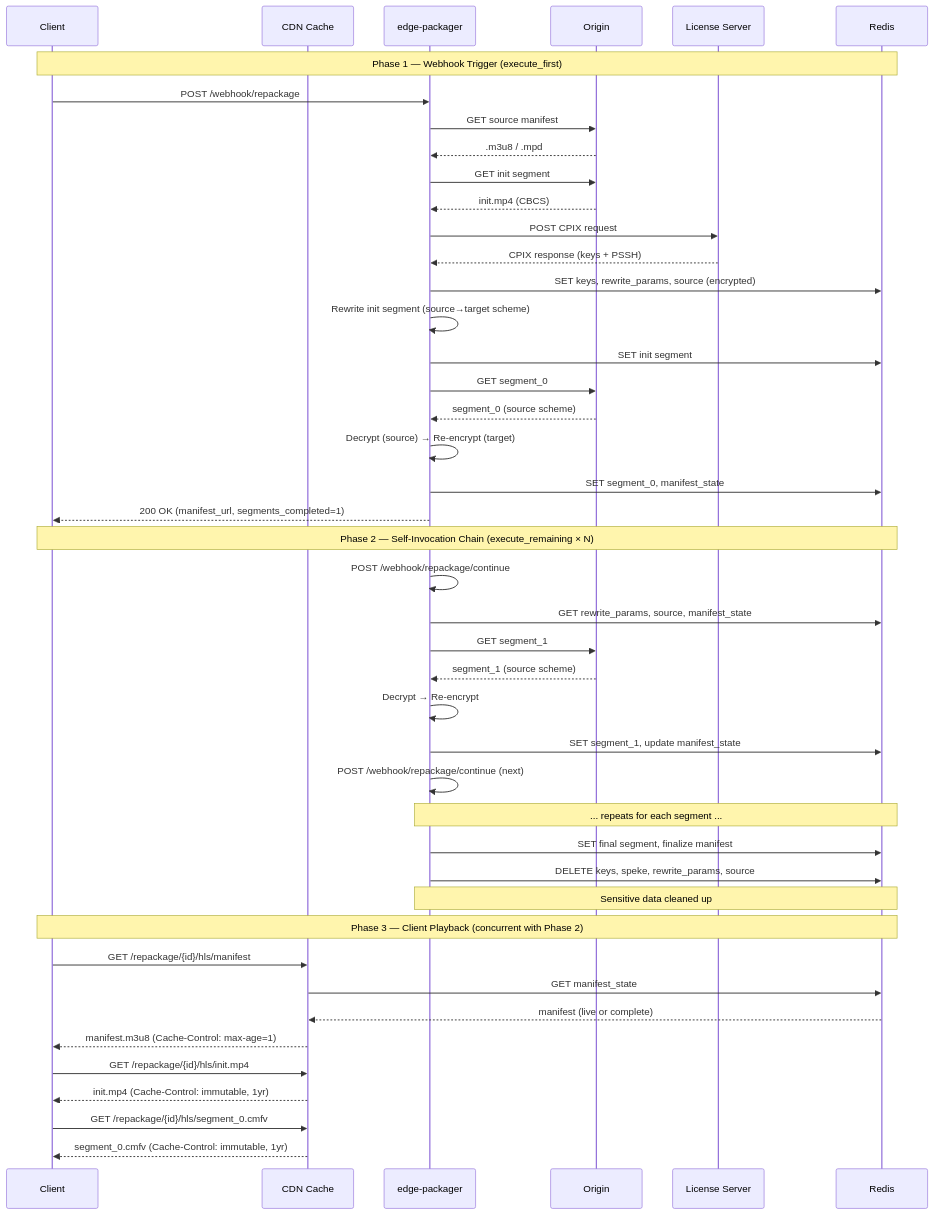
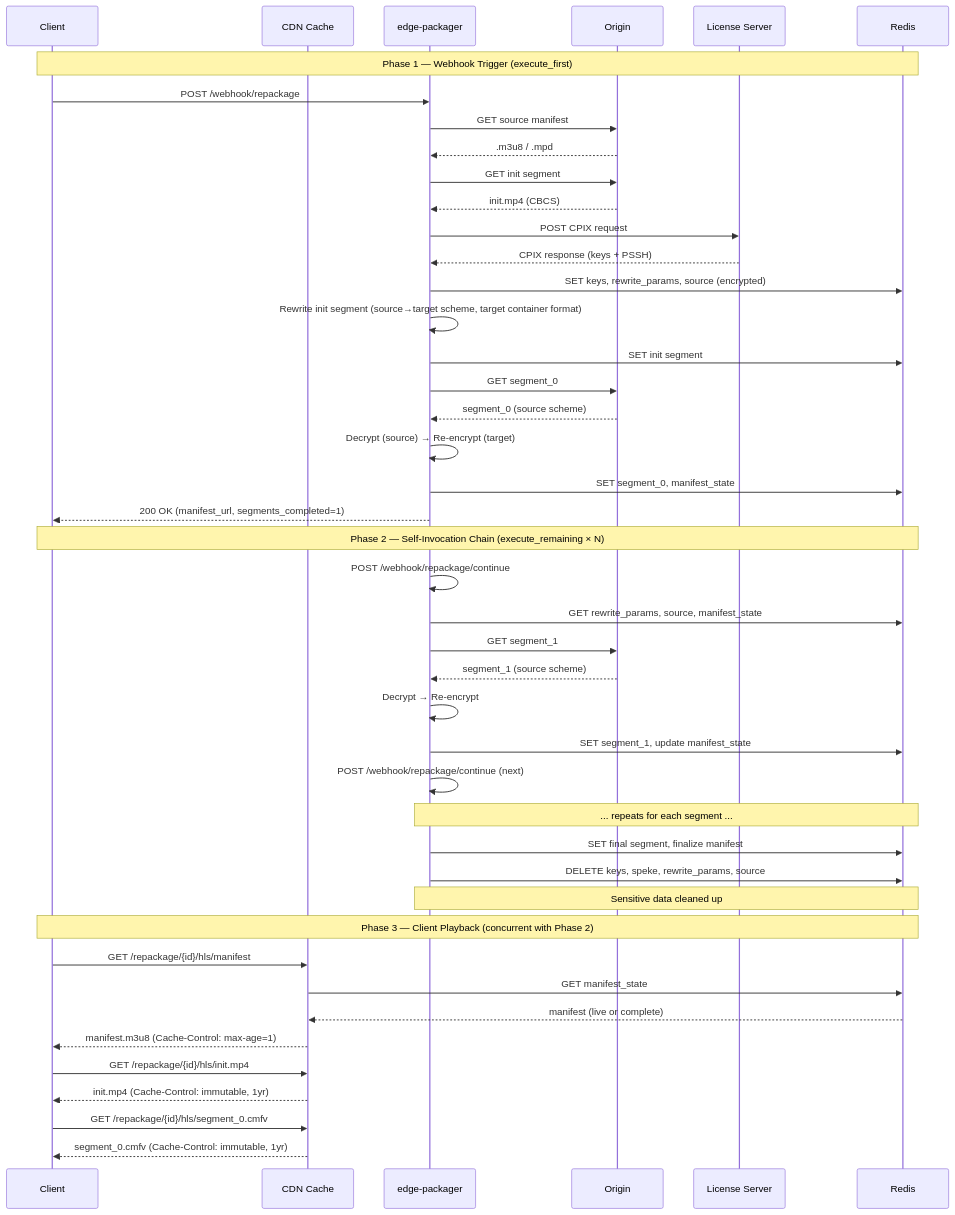
Before and after one commit to adrums86/edgepack: the fourth of 10 diagrams in docs/architecture.md, drawn with Mermaid. The commit also changed other lines of this file and 19 other files, not shown here.

````diff
--- a/docs/architecture.md
+++ b/docs/architecture.md
@@ -171,51 +171,51 @@
 ```mermaid
 sequenceDiagram
     participant Client
     participant CDN as CDN Cache
     participant EP as edge-packager
     participant Origin
     participant SPEKE as License Server
     participant Redis
 
     Note over Client,Redis: Phase 1 — Webhook Trigger (execute_first)
     Client->>EP: POST /webhook/repackage
     EP->>Origin: GET source manifest
     Origin-->>EP: .m3u8 / .mpd
     EP->>Origin: GET init segment
     Origin-->>EP: init.mp4 (CBCS)
     EP->>SPEKE: POST CPIX request
     SPEKE-->>EP: CPIX response (keys + PSSH)
     EP->>Redis: SET keys, rewrite_params, source (encrypted)
-    EP->>EP: Rewrite init segment (source→target scheme)
+    EP->>EP: Rewrite init segment (source→target scheme, target container format)
     EP->>Redis: SET init segment
     EP->>Origin: GET segment_0
     Origin-->>EP: segment_0 (source scheme)
     EP->>EP: Decrypt (source) → Re-encrypt (target)
     EP->>Redis: SET segment_0, manifest_state
     EP-->>Client: 200 OK (manifest_url, segments_completed=1)
 
     Note over Client,Redis: Phase 2 — Self-Invocation Chain (execute_remaining × N)
     EP->>EP: POST /webhook/repackage/continue
     EP->>Redis: GET rewrite_params, source, manifest_state
     EP->>Origin: GET segment_1
     Origin-->>EP: segment_1 (source scheme)
     EP->>EP: Decrypt → Re-encrypt
     EP->>Redis: SET segment_1, update manifest_state
     EP->>EP: POST /webhook/repackage/continue (next)
 
     Note over EP,Redis: ... repeats for each segment ...
 
     EP->>Redis: SET final segment, finalize manifest
     EP->>Redis: DELETE keys, speke, rewrite_params, source
     Note over EP,Redis: Sensitive data cleaned up
 
     Note over Client,Redis: Phase 3 — Client Playback (concurrent with Phase 2)
     Client->>CDN: GET /repackage/{id}/hls/manifest
     CDN->>Redis: GET manifest_state
     Redis-->>CDN: manifest (live or complete)
     CDN-->>Client: manifest.m3u8 (Cache-Control: max-age=1)
     Client->>CDN: GET /repackage/{id}/hls/init.mp4
     CDN-->>Client: init.mp4 (Cache-Control: immutable, 1yr)
     Client->>CDN: GET /repackage/{id}/hls/segment_0.cmfv
     CDN-->>Client: segment_0.cmfv (Cache-Control: immutable, 1yr)
 ```
````
